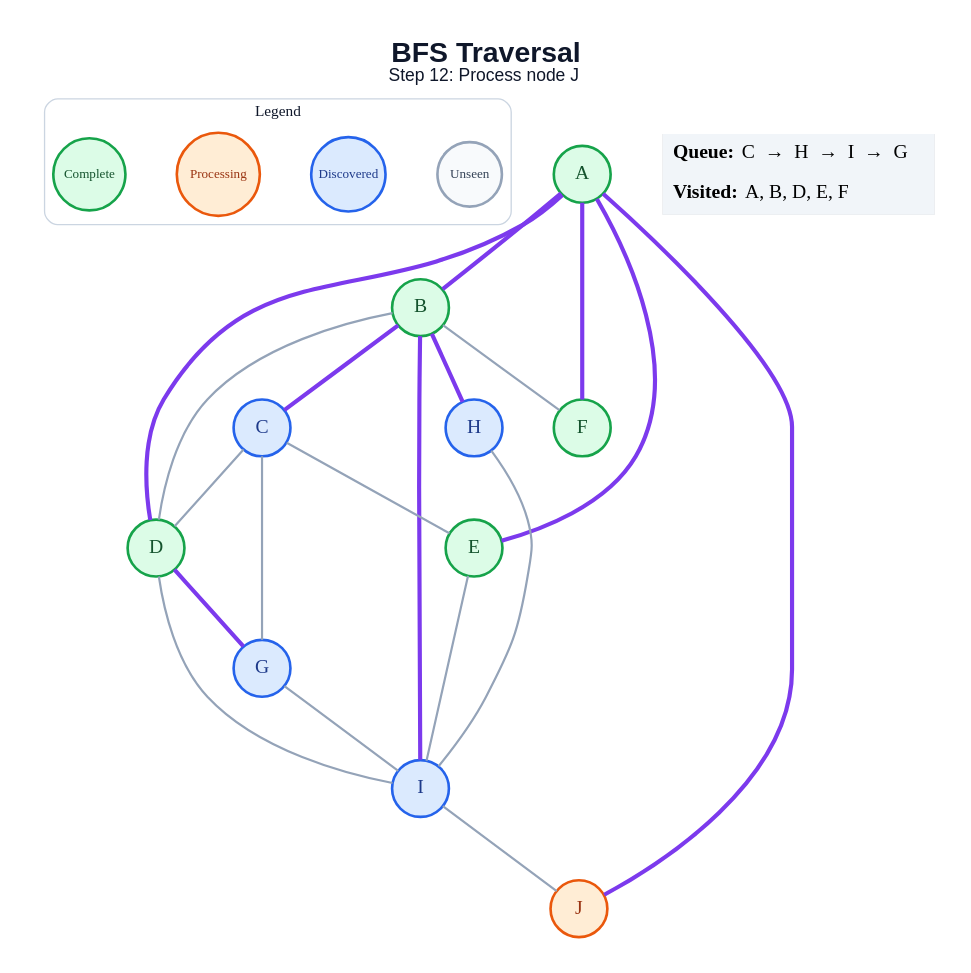
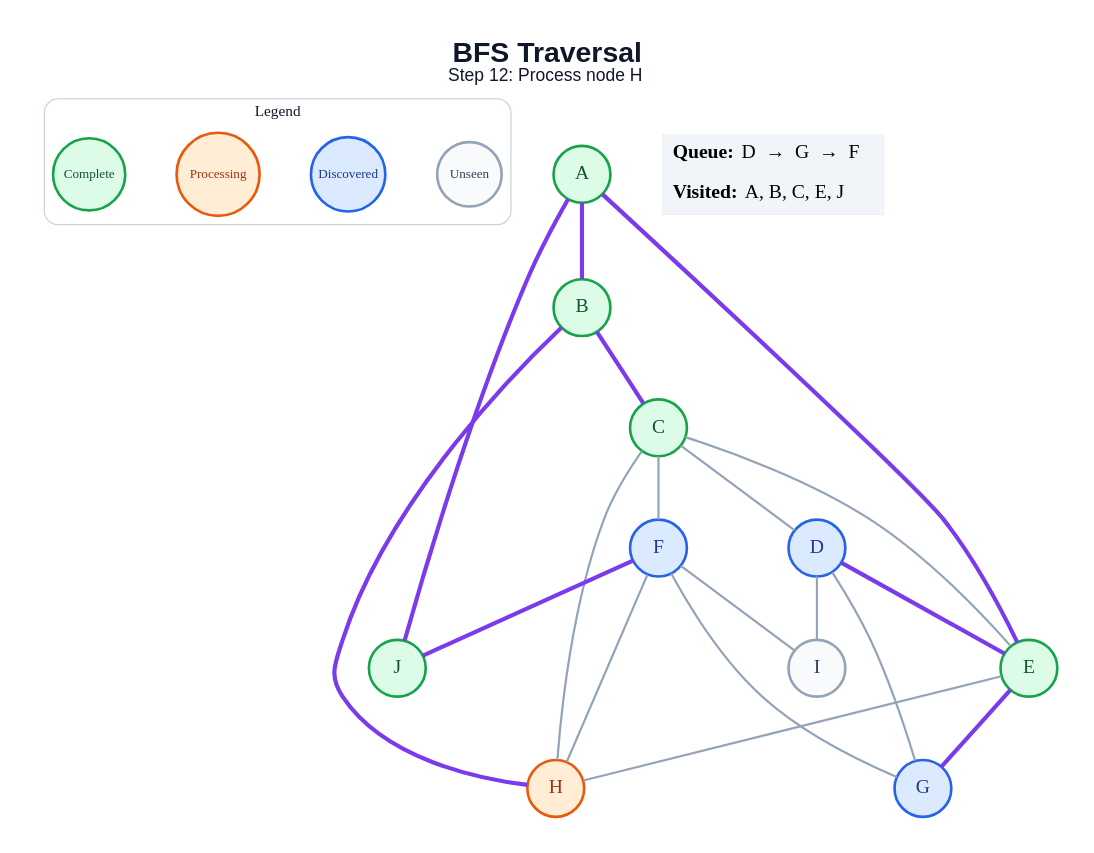
Before and after one commit to amanghodawala9/ai-slop: the diagram in generated/bfs/step_12.dot, drawn with Graphviz. The commit also changed 178 other files, not shown here.

```diff
--- a/generated/bfs/step_12.dot
+++ b/generated/bfs/step_12.dot
@@ -1,48 +1,47 @@
 graph traversal {
   graph [layout=dot, rankdir=TB, bgcolor="#FFFFFF", pad="0.35", nodesep="0.65", ranksep="0.8", fontname="Arial"];
   node [shape=circle, style="filled", fontname="Arial Bold", fontsize=18, width=0.72, fixedsize=true, penwidth=2.4];
   edge [color="#94A3B8", penwidth=2.0];
-  label=<<B>BFS Traversal</B><BR/><FONT POINT-SIZE="16">Step 12: Process node J</FONT>>; labelloc="t"; fontsize=26; fontname="Arial"; fontcolor="#0F172A";
+  label=<<B>BFS Traversal</B><BR/><FONT POINT-SIZE="16">Step 12: Process node H</FONT>>; labelloc="t"; fontsize=26; fontname="Arial"; fontcolor="#0F172A";
   subgraph cluster_legend { label="Legend"; color="#CBD5E1"; penwidth=1.2; style="rounded"; fontsize=14; fontname="Arial Bold";
     key_unseen [label="Unseen", fillcolor="#F8FAFC", color="#94A3B8", fontcolor="#334155", fontsize=12, width=0.82];
     key_frontier [label="Discovered", fillcolor="#DBEAFE", color="#2563EB", fontcolor="#1E3A8A", fontsize=12, width=0.95];
     key_current [label="Processing", fillcolor="#FFEDD5", color="#EA580C", fontcolor="#9A3412", fontsize=12, width=1.05];
     key_done [label="Complete", fillcolor="#DCFCE7", color="#16A34A", fontcolor="#14532D", fontsize=12, width=0.92];
     { rank=same; key_unseen; key_frontier; key_current; key_done; }
   }
   A [fillcolor="#DCFCE7", color="#16A34A", fontcolor="#14532D"];
   B [fillcolor="#DCFCE7", color="#16A34A", fontcolor="#14532D"];
-  C [fillcolor="#DBEAFE", color="#2563EB", fontcolor="#1E3A8A"];
-  D [fillcolor="#DCFCE7", color="#16A34A", fontcolor="#14532D"];
+  C [fillcolor="#DCFCE7", color="#16A34A", fontcolor="#14532D"];
+  D [fillcolor="#DBEAFE", color="#2563EB", fontcolor="#1E3A8A"];
   E [fillcolor="#DCFCE7", color="#16A34A", fontcolor="#14532D"];
-  F [fillcolor="#DCFCE7", color="#16A34A", fontcolor="#14532D"];
+  F [fillcolor="#DBEAFE", color="#2563EB", fontcolor="#1E3A8A"];
   G [fillcolor="#DBEAFE", color="#2563EB", fontcolor="#1E3A8A"];
-  H [fillcolor="#DBEAFE", color="#2563EB", fontcolor="#1E3A8A"];
-  I [fillcolor="#DBEAFE", color="#2563EB", fontcolor="#1E3A8A"];
-  J [fillcolor="#FFEDD5", color="#EA580C", fontcolor="#9A3412"];
+  H [fillcolor="#FFEDD5", color="#EA580C", fontcolor="#9A3412"];
+  I [fillcolor="#F8FAFC", color="#94A3B8", fontcolor="#334155"];
+  J [fillcolor="#DCFCE7", color="#16A34A", fontcolor="#14532D"];
   A -- B [color="#7C3AED", penwidth=3.8];
-  A -- D [color="#7C3AED", penwidth=3.8];
   A -- E [color="#7C3AED", penwidth=3.8];
-  A -- F [color="#7C3AED", penwidth=3.8];
   A -- J [color="#7C3AED", penwidth=3.8];
   B -- C [color="#7C3AED", penwidth=3.8];
-  B -- D;
-  B -- F;
   B -- H [color="#7C3AED", penwidth=3.8];
-  B -- I [color="#7C3AED", penwidth=3.8];
   C -- D;
   C -- E;
-  C -- G;
-  D -- G [color="#7C3AED", penwidth=3.8];
+  C -- F;
+  C -- H;
+  D -- E [color="#7C3AED", penwidth=3.8];
+  D -- G;
   D -- I;
-  E -- I;
-  G -- I;
-  H -- I;
-  I -- J;
+  E -- G [color="#7C3AED", penwidth=3.8];
+  E -- H;
+  F -- G;
+  F -- H;
+  F -- I;
+  F -- J [color="#7C3AED", penwidth=3.8];
   status [shape=plain, fixedsize=false, width=0, height=0, margin=0, label=<
     <TABLE BORDER="0" CELLBORDER="0" CELLPADDING="7" BGCOLOR="#F1F5F9">
-      <TR><TD ALIGN="LEFT"><B>Queue:</B> C  →  H  →  I  →  G</TD></TR>
-      <TR><TD ALIGN="LEFT"><B>Visited:</B> A, B, D, E, F</TD></TR>
+      <TR><TD ALIGN="LEFT"><B>Queue:</B> D  →  G  →  F</TD></TR>
+      <TR><TD ALIGN="LEFT"><B>Visited:</B> A, B, C, E, J</TD></TR>
     </TABLE>
   >];
 }
```
